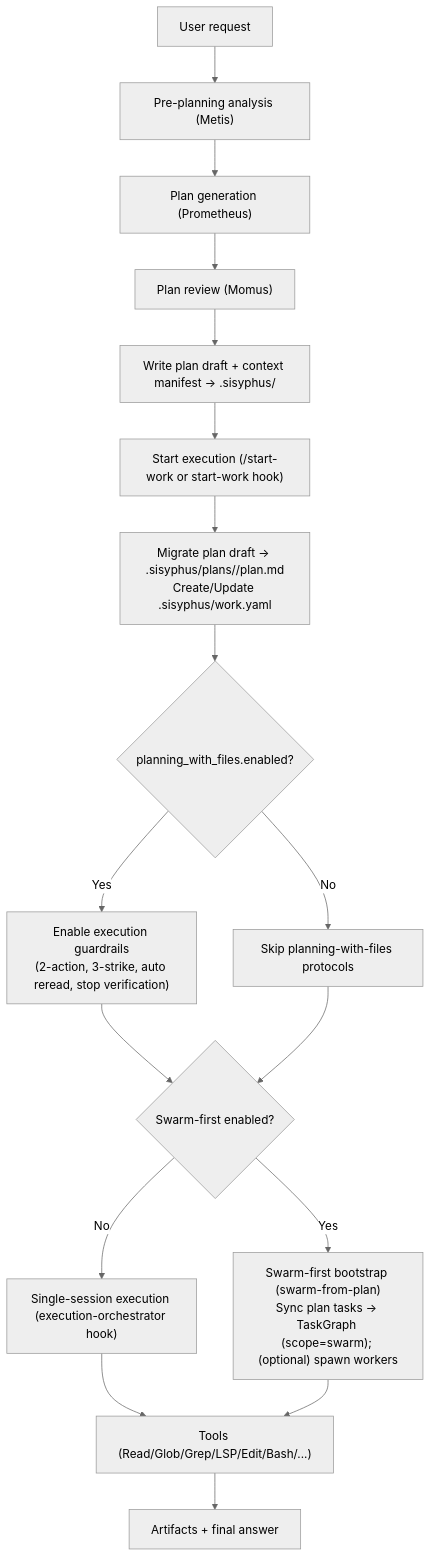
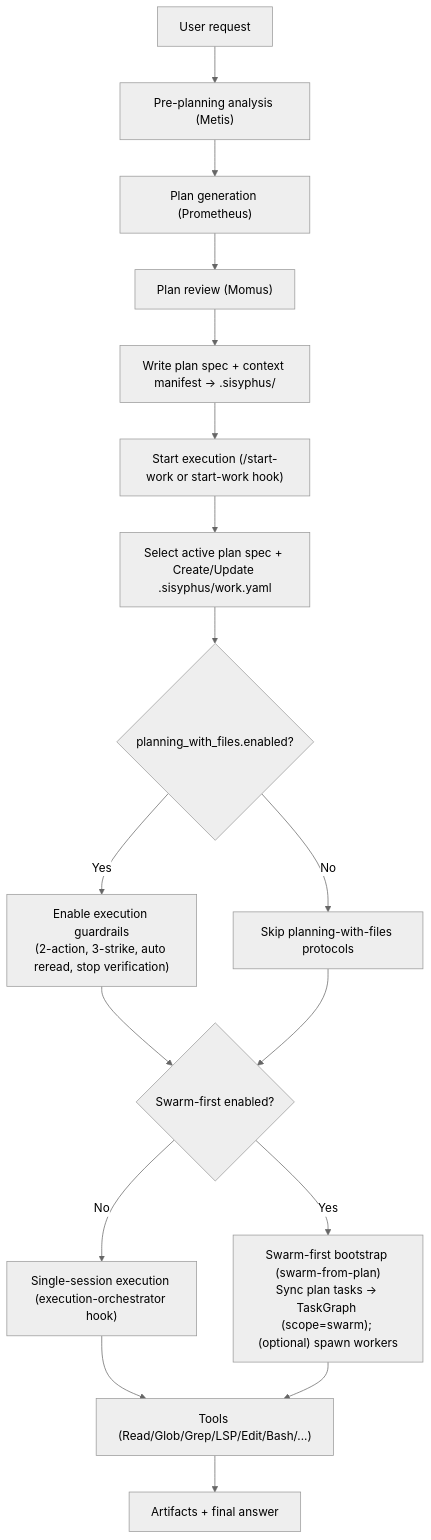
The diagram in docs/journeys/planning-to-execution.md (arcthur/oh-my-opencode), drawn with Mermaid (neutral theme) before and after one commit. The commit also changed other lines of this file and 72 other files, not shown here.

````diff
--- a/docs/journeys/planning-to-execution.md
+++ b/docs/journeys/planning-to-execution.md
@@ -10,23 +10,23 @@
 ```mermaid
 flowchart TD
   U["User request"] --> MT["Pre-planning analysis (Metis)"]
   MT --> PG["Plan generation (Prometheus)"]
   PG --> MO["Plan review (Momus)"]
 
-  MO --> ART["Write plan draft + context manifest → .sisyphus/"]
+  MO --> ART["Write plan spec + context manifest → .sisyphus/"]
   ART --> SW["Start execution (/start-work or start-work hook)"]
-  SW --> MIG["Migrate plan draft → .sisyphus/plans/<planId>/plan.md\nCreate/Update .sisyphus/work.yaml"]
+  SW --> MIG["Select active plan spec + Create/Update .sisyphus/work.yaml"]
 
   MIG --> PWF{"planning_with_files.enabled?"}
   PWF -->|Yes| PWFY["Enable execution guardrails\n(2-action, 3-strike, auto reread, stop verification)"]
   PWF -->|No| PWFN["Skip planning-with-files protocols"]
 
   PWFY --> MODE{"Swarm-first enabled?"}
   PWFN --> MODE
   MODE -->|No| AT["Single-session execution (execution-orchestrator hook)"]
   MODE -->|Yes| SF["Swarm-first bootstrap (swarm-from-plan)\nSync plan tasks -> TaskGraph (scope=swarm); (optional) spawn workers"]
 
   AT --> TOOL["Tools (Read/Glob/Grep/LSP/Edit/Bash/...)"]
   SF --> TOOL
   TOOL --> OUT["Artifacts + final answer"]
 ```
````
